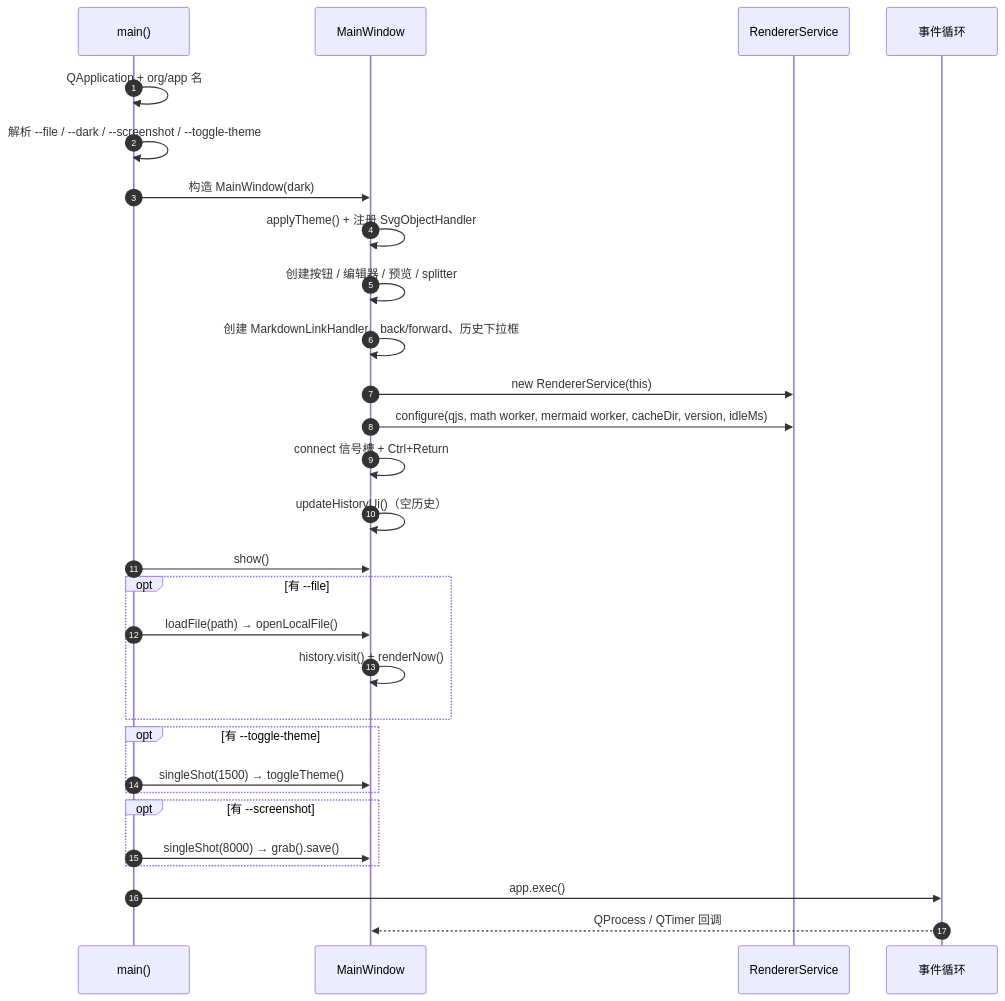
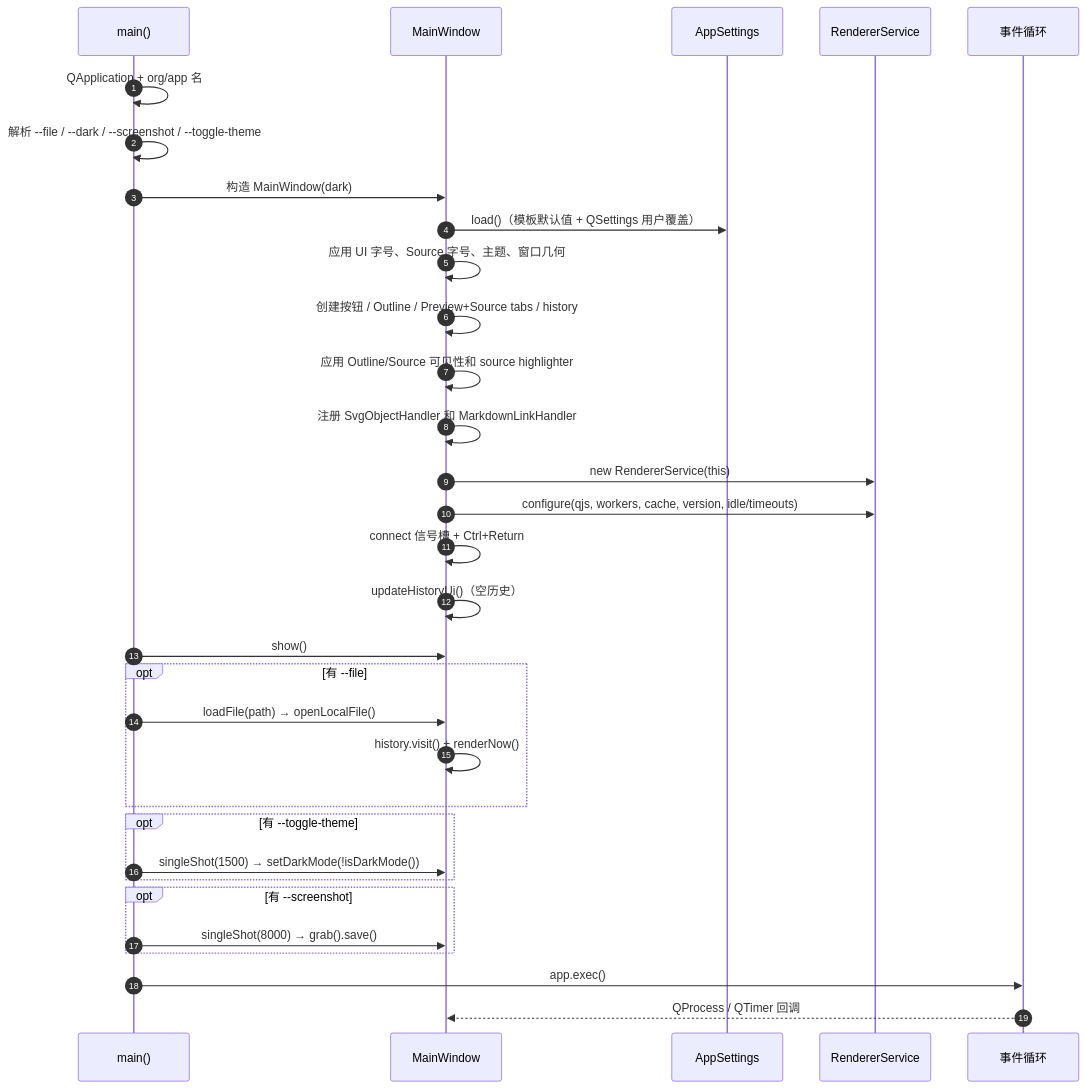
Before and after one commit to iLogIng/qt-rich-text-renderer: the first of 10 diagrams in docs/FLOW.md, drawn with Mermaid. The commit also changed other lines of this file and 4 other files, not shown here.

First line of the commit message:
docs: document the outline, read-only source, and settings system

````diff
--- a/docs/FLOW.md
+++ b/docs/FLOW.md
@@ -11,32 +11,35 @@
 ```mermaid
 sequenceDiagram
     autonumber
     participant M as main()
     participant W as MainWindow
+    participant A as AppSettings
     participant S as RendererService
     participant E as 事件循环
 
     M->>M: QApplication + org/app 名
     M->>M: 解析 --file / --dark / --screenshot / --toggle-theme
     M->>W: 构造 MainWindow(dark)
-    W->>W: applyTheme() + 注册 SvgObjectHandler
-    W->>W: 创建按钮 / 编辑器 / 预览 / splitter
-    W->>W: 创建 MarkdownLinkHandler、back/forward、历史下拉框
+    W->>A: load()（模板默认值 + QSettings 用户覆盖）
+    W->>W: 应用 UI 字号、Source 字号、主题、窗口几何
+    W->>W: 创建按钮 / Outline / Preview+Source tabs / history
+    W->>W: 应用 Outline/Source 可见性和 source highlighter
+    W->>W: 注册 SvgObjectHandler 和 MarkdownLinkHandler
     W->>S: new RendererService(this)
-    W->>S: configure(qjs, math worker, mermaid worker, cacheDir, version, idleMs)
+    W->>S: configure(qjs, workers, cache, version, idle/timeouts)
     W->>W: connect 信号槽 + Ctrl+Return
     W->>W: updateHistoryUi()（空历史）
     M->>W: show()
     opt 有 --file
         M->>W: loadFile(path) → openLocalFile()
         W->>W: history.visit() + renderNow()
     end
     opt 有 --toggle-theme
-        M->>W: singleShot(1500) → toggleTheme()
+        M->>W: singleShot(1500) → setDarkMode(!isDarkMode())
     end
     opt 有 --screenshot
         M->>W: singleShot(8000) → grab().save()
     end
     M->>E: app.exec()
     E-->>W: QProcess / QTimer 回调
 ```
````
